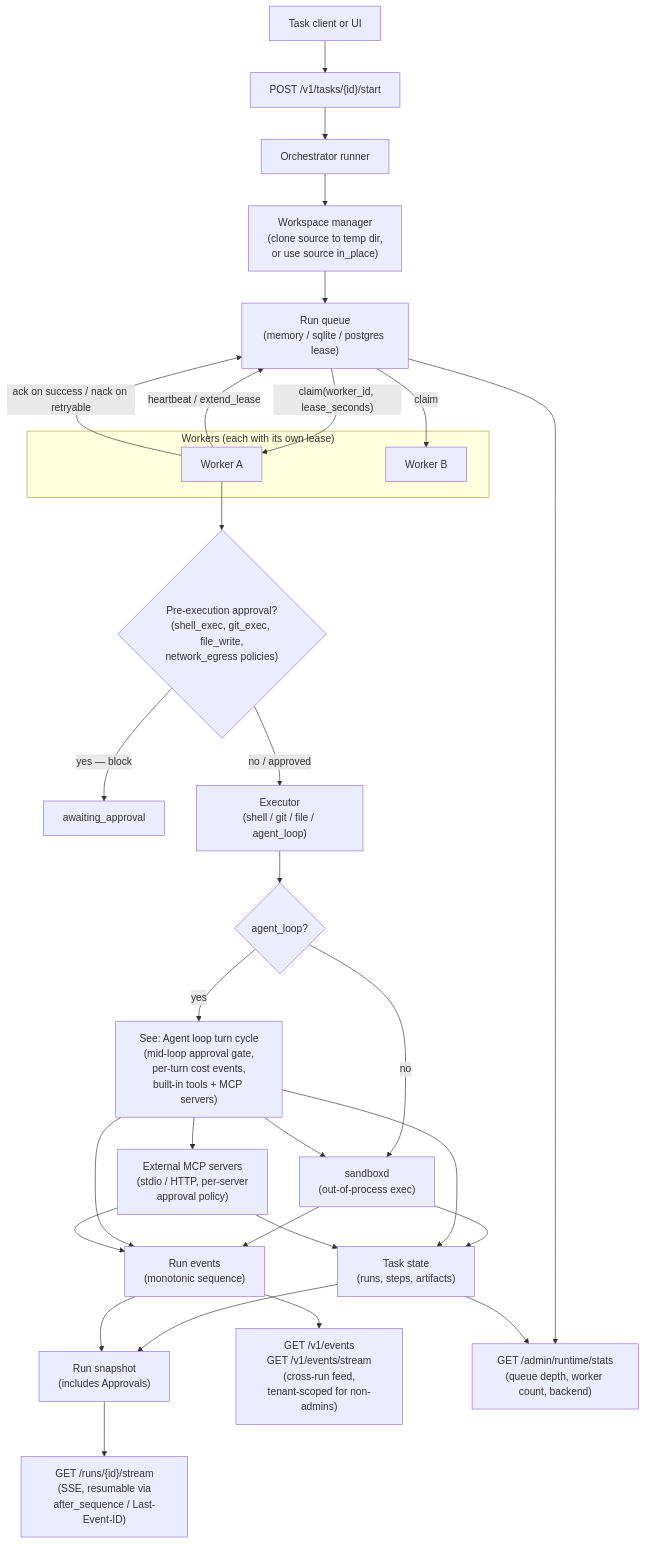
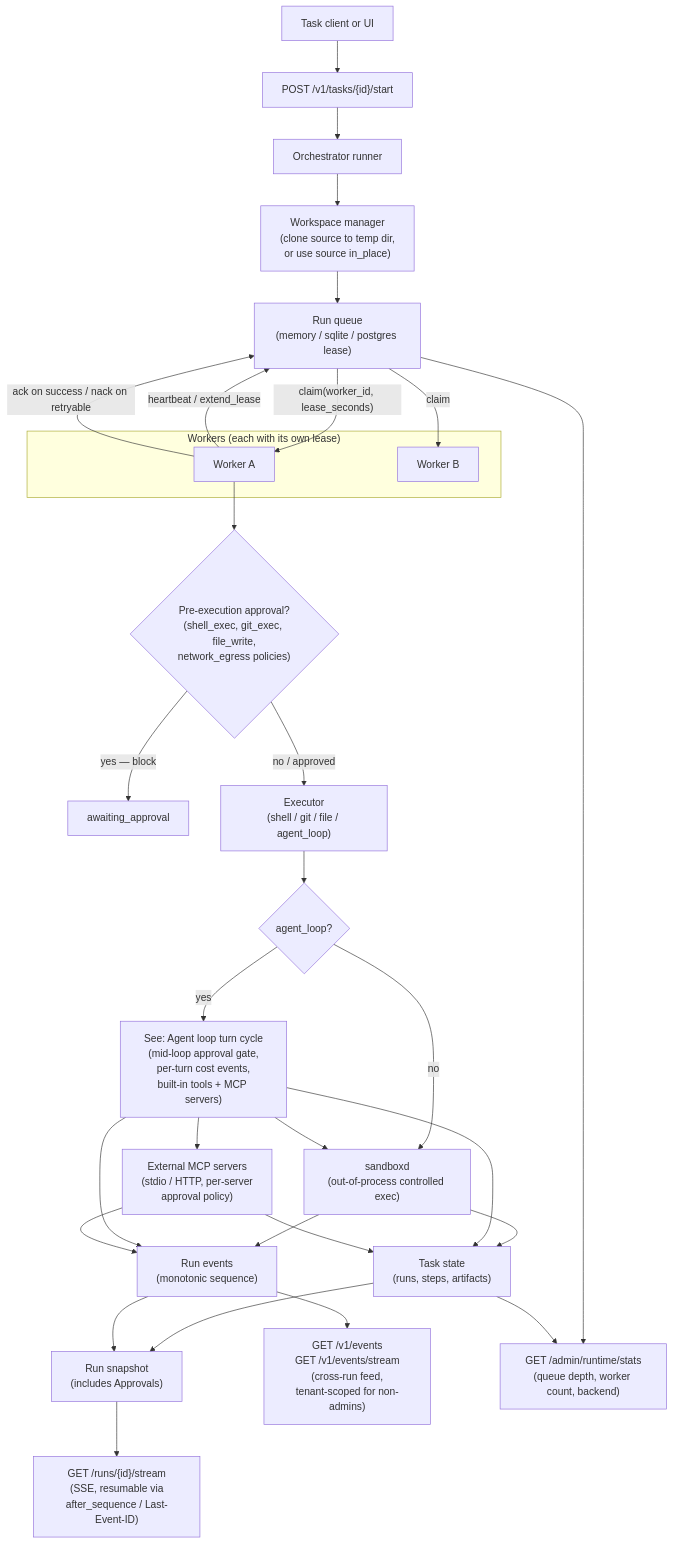
Before and after one commit to chicoxyzzy/hecate: the second of 3 diagrams in docs/architecture.md, drawn with Mermaid. The commit also changed other lines of this file and 11 other files, not shown here.

````diff
--- a/docs/architecture.md
+++ b/docs/architecture.md
@@ -57,43 +57,43 @@
 ```mermaid
 flowchart TD
     Client["Task client or UI"] --> TasksApi["POST /v1/tasks/{id}/start"]
     TasksApi --> Runner["Orchestrator runner"]
     Runner --> Workspace["Workspace manager<br/>(clone source to temp dir,<br/>or use source in_place)"]
     Workspace --> Queue["Run queue<br/>(memory / sqlite / postgres lease)"]
 
     subgraph Workers["Workers (each with its own lease)"]
         WorkerA["Worker A"]
         WorkerB["Worker B"]
     end
 
     Queue -->|"claim(worker_id, lease_seconds)"| WorkerA
     Queue -->|"claim"| WorkerB
     WorkerA -->|"heartbeat / extend_lease"| Queue
     WorkerA -->|"ack on success / nack on retryable"| Queue
 
     WorkerA --> PreApproval{"Pre-execution approval?<br/>(shell_exec, git_exec, file_write,<br/>network_egress policies)"}
     PreApproval -->|"yes — block"| Pending["awaiting_approval"]
     PreApproval -->|"no / approved"| Executor
 
     Executor["Executor<br/>(shell / git / file / agent_loop)"]
     Executor --> AgentLoop{"agent_loop?"}
     AgentLoop -->|"yes"| LoopRef["See: Agent loop turn cycle<br/>(mid-loop approval gate,<br/>per-turn cost events,<br/>built-in tools + MCP servers)"]
-    AgentLoop -->|"no"| Sandboxd["sandboxd<br/>(out-of-process exec)"]
+    AgentLoop -->|"no"| Sandboxd["sandboxd<br/>(out-of-process controlled exec)"]
     LoopRef --> Sandboxd
     LoopRef --> McpServers["External MCP servers<br/>(stdio / HTTP, per-server<br/>approval policy)"]
 
     Sandboxd --> State["Task state<br/>(runs, steps, artifacts)"]
     LoopRef --> State
     McpServers --> State
     Sandboxd --> RunEvents["Run events<br/>(monotonic sequence)"]
     LoopRef --> RunEvents
     McpServers --> RunEvents
 
     State --> Snapshot["Run snapshot<br/>(includes Approvals)"]
     RunEvents --> Snapshot
     Snapshot --> Stream["GET /runs/{id}/stream<br/>(SSE, resumable via<br/>after_sequence / Last-Event-ID)"]
     RunEvents --> PublicEvents["GET /v1/events<br/>GET /v1/events/stream<br/>(cross-run feed,<br/>tenant-scoped for non-admins)"]
 
     Queue --> Stats["GET /admin/runtime/stats<br/>(queue depth, worker count, backend)"]
     State --> Stats
 ```
````
